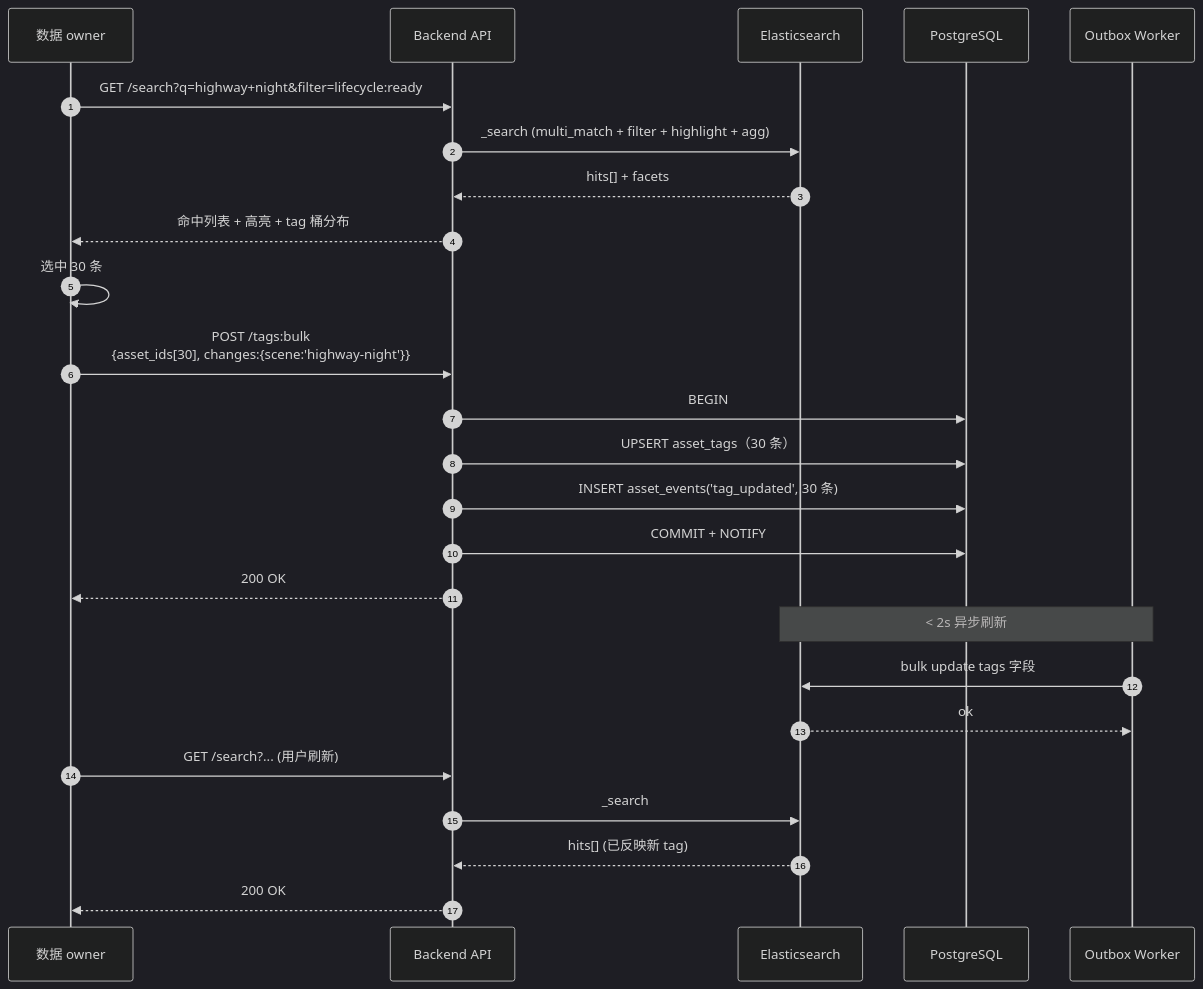
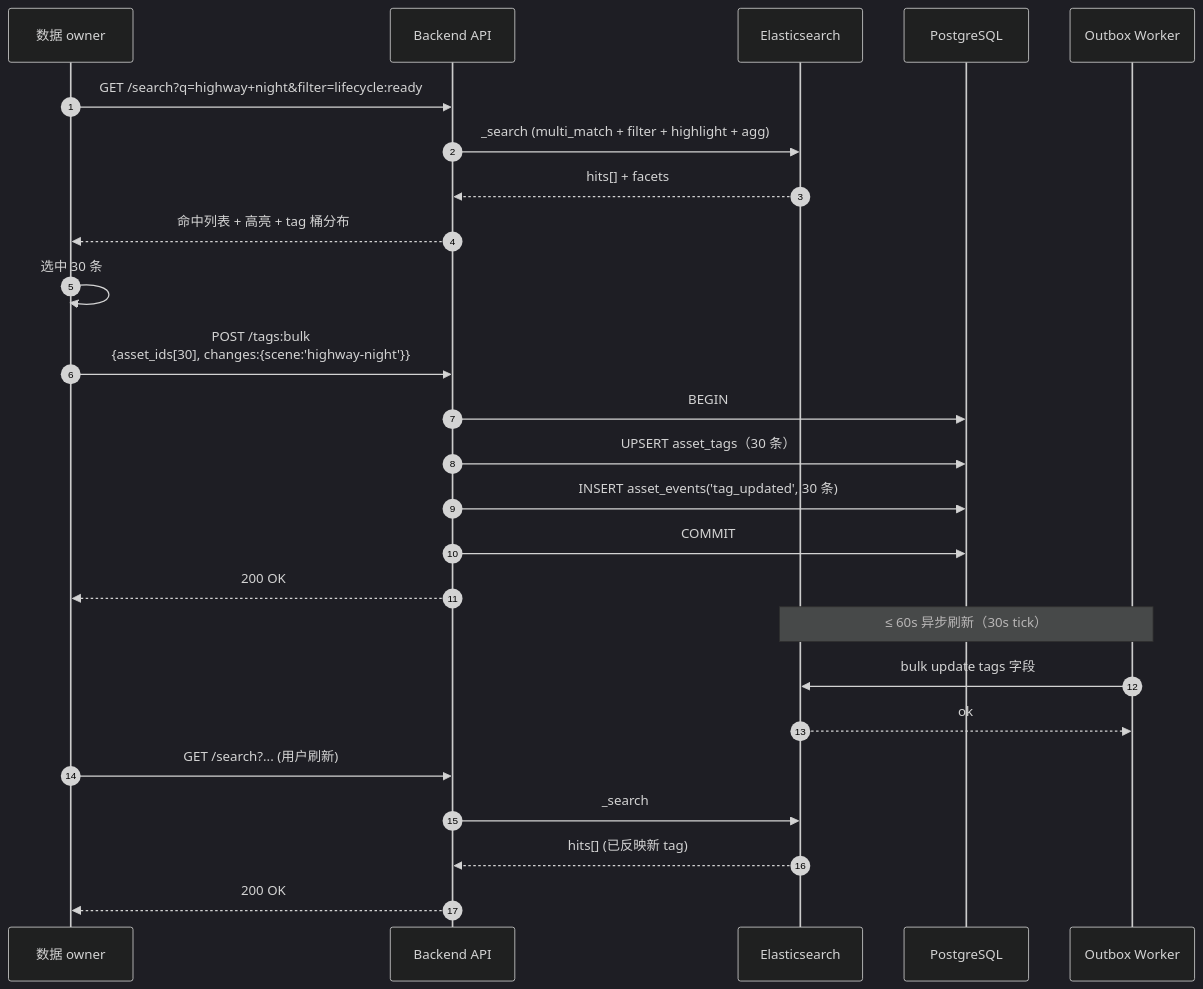
One commit to rouse2617/Databricks4robot changed diagram 19 of 24 in docs/review/data-platform-design.md. Above: the diagram before and after it, drawn with Mermaid (dark theme). The commit also changed other lines of this file and 2 other files, not shown here.

````diff
--- a/docs/review/data-platform-design.md
+++ b/docs/review/data-platform-design.md
@@ -1494,32 +1529,32 @@
 ```mermaid
 sequenceDiagram
     autonumber
     participant U as 数据 owner
     participant API as Backend API
     participant ES as Elasticsearch
     participant PG as PostgreSQL
     participant Out as Outbox Worker
 
     U->>API: GET /search?q=highway+night&filter=lifecycle:ready
     API->>ES: _search (multi_match + filter + highlight + agg)
     ES-->>API: hits[] + facets
     API-->>U: 命中列表 + 高亮 + tag 桶分布
 
     U->>U: 选中 30 条
 
     U->>API: POST /tags:bulk<br>{asset_ids[30], changes:{scene:'highway-night'}}
     API->>PG: BEGIN
     API->>PG: UPSERT asset_tags（30 条）
     API->>PG: INSERT asset_events('tag_updated', 30 条)
-    API->>PG: COMMIT + NOTIFY
+    API->>PG: COMMIT
     API-->>U: 200 OK
 
-    Note over Out,ES: < 2s 异步刷新
+    Note over Out,ES: ≤ 60s 异步刷新（30s tick）
     Out->>ES: bulk update tags 字段
     ES-->>Out: ok
 
     U->>API: GET /search?... (用户刷新)
     API->>ES: _search
     ES-->>API: hits[] (已反映新 tag)
     API-->>U: 200 OK
 ```
````
